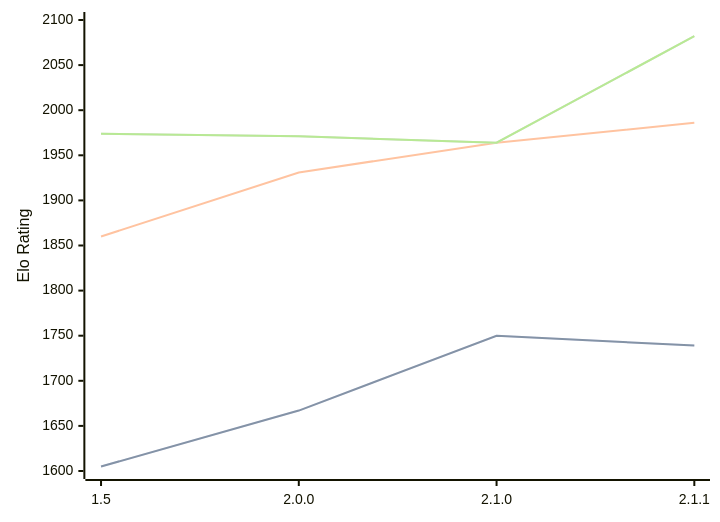
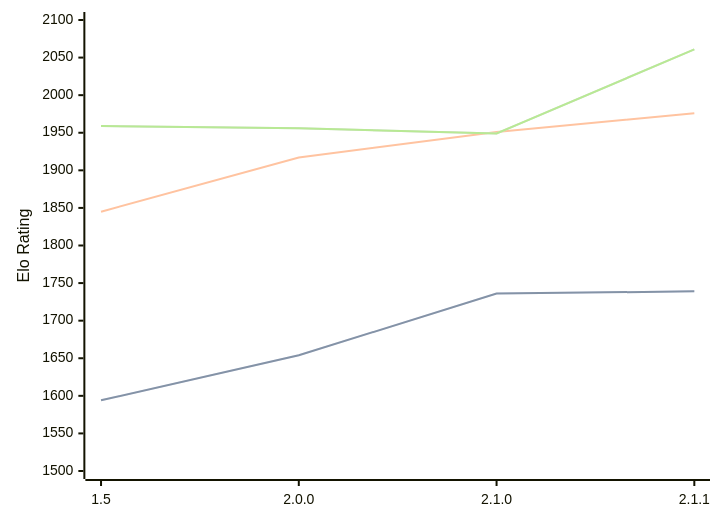
Before and after one commit to computer-chess-index/cci: the diagram in engines/Rudim.md, drawn with Mermaid. The commit also changed other lines of this file, not shown here.

Commit message:
Update CCI Ratings (ELO VLTC) - 2026-05-20

````diff
--- a/engines/Rudim.md
+++ b/engines/Rudim.md
@@ -39,11 +39,11 @@
 ```mermaid
 %%{init: {"theme":"base","themeVariables":{"seriesColors:['#a3a3a3','#222221','#faa371']}}}%%
 xychart-beta
   x-axis ["1.5", "2.0.0", "2.1.0", "2.1.1"]
-  y-axis "Elo Rating" 1600 --> 2100
-  line "STC (8.0+0.08s)" [1605, 1667, 1750, 1739]
-  line "STC (8.0+0.08s)" [1605, 1667, 1750, 1739]
-  line "LTC (60.0+0.60s)" [1860, 1931, 1964, 1986]
-  line "VLTC (2m24s+1.12s)" [1974, 1971, 1964, 2082]
-  line "VLTC (2m24s+1.12s)" [1974, 1971, 1964, 2082]
+  y-axis "Elo Rating" 1500 --> 2100
+  line "STC (8.0+0.08s)" [1594, 1654, 1736, 1739]
+  line "STC (8.0+0.08s)" [1594, 1654, 1736, 1739]
+  line "LTC (60.0+0.60s)" [1845, 1917, 1951, 1976]
+  line "VLTC (2m24s+1.12s)" [1959, 1956, 1949, 2061]
+  line "VLTC (2m24s+1.12s)" [1959, 1956, 1949, 2061]
 ```
````
